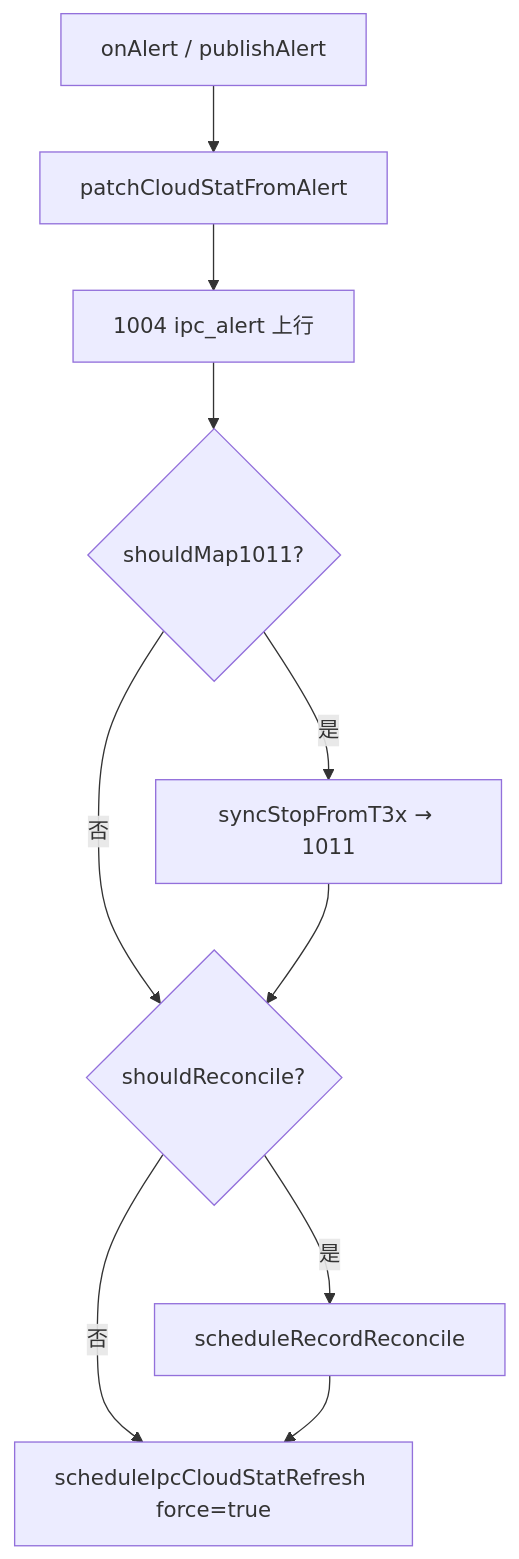
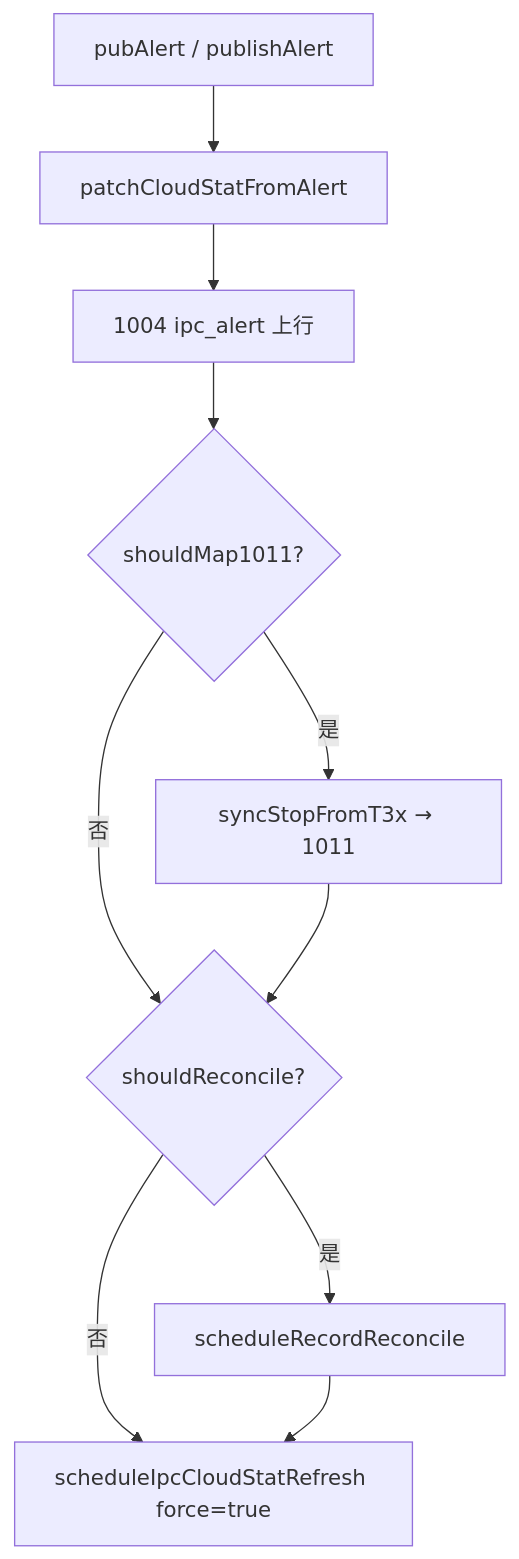
Before and after one commit to dzr1986/AIR780EHM: the diagram in doc/modules/IPC_SUPERVISION_FLOW.md, drawn with Mermaid. The commit also changed other lines of this file and 84 other files, not shown here.

````diff
--- a/doc/modules/IPC_SUPERVISION_FLOW.md
+++ b/doc/modules/IPC_SUPERVISION_FLOW.md
@@ -23,12 +23,12 @@
 ```mermaid
 flowchart TD
-    A[onAlert / publishAlert] --> P[patchCloudStatFromAlert]
+    A[pubAlert / publishAlert] --> P[patchCloudStatFromAlert]
     P --> U[1004 ipc_alert 上行]
     U --> M{shouldMap1011?}
     M -->|是| S[syncStopFromT3x → 1011]
     M -->|否| R{shouldReconcile?}
     S --> R
     R -->|是| REC[scheduleRecordReconcile]
     R -->|否| F
     REC --> F[scheduleIpcCloudStatRefresh force=true]
 ```
````
